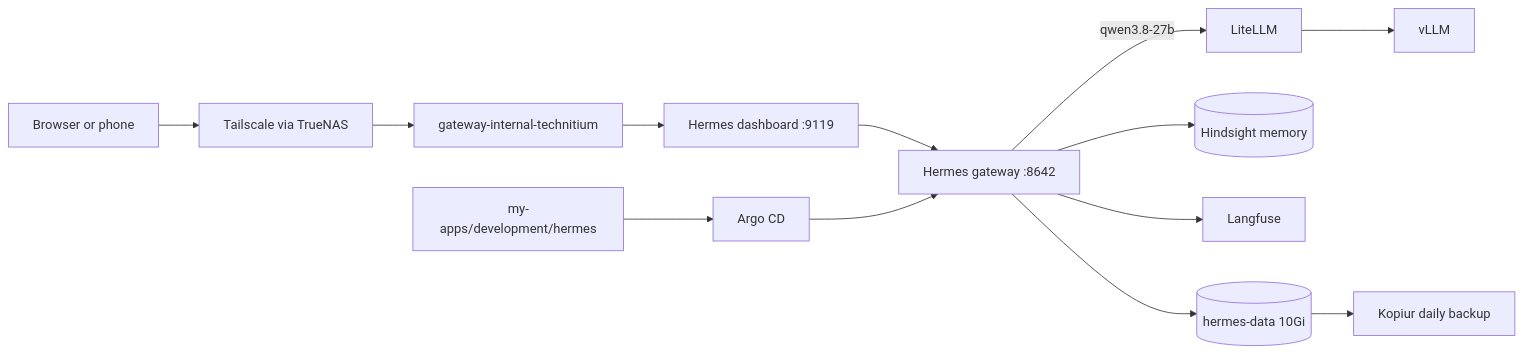
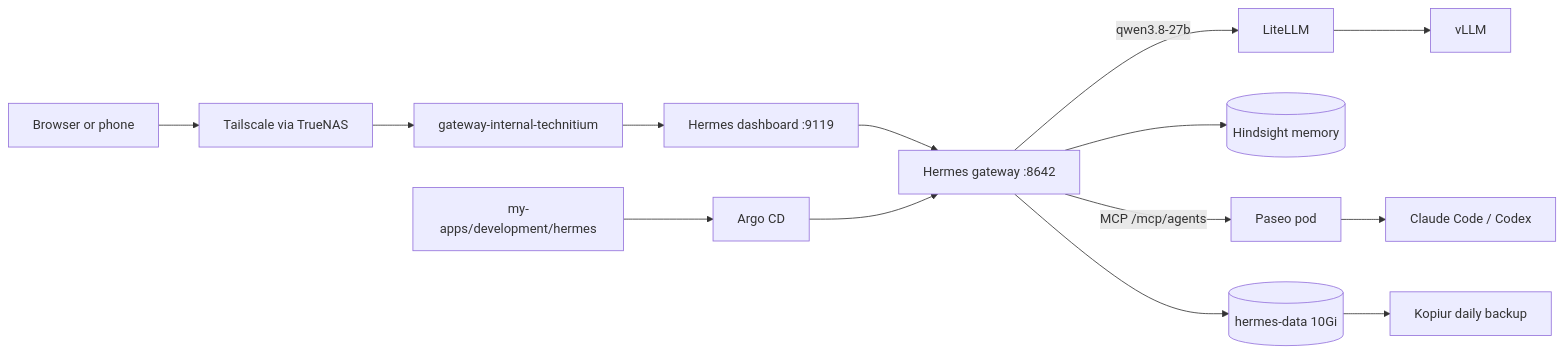
The diagram in docs/domains/ai-gpu/hermes.md (mitchross/talos-argocd-proxmox), drawn with Mermaid before and after one commit. The commit also changed other lines of this file and 6 other files, not shown here.

````diff
--- a/docs/domains/ai-gpu/hermes.md
+++ b/docs/domains/ai-gpu/hermes.md
@@ -12,10 +12,10 @@
 ```mermaid
 flowchart LR
     Client[Browser or phone] --> TS[Tailscale via TrueNAS] --> GW[gateway-internal-technitium] --> Dash[Hermes dashboard :9119]
     Dash --> Gateway[Hermes gateway :8642]
     Gateway -->|qwen3.8-27b| LiteLLM --> vLLM
     Gateway --> Hindsight[(Hindsight memory)]
-    Gateway --> Langfuse
+    Gateway -->|MCP /mcp/agents| Paseo[Paseo pod] --> Claude[Claude Code / Codex]
     Git[my-apps/development/hermes] --> Argo[Argo CD] --> Gateway
     Gateway --> Vol[(hermes-data 10Gi)] --> Kopiur[Kopiur daily backup]
 ```
````
